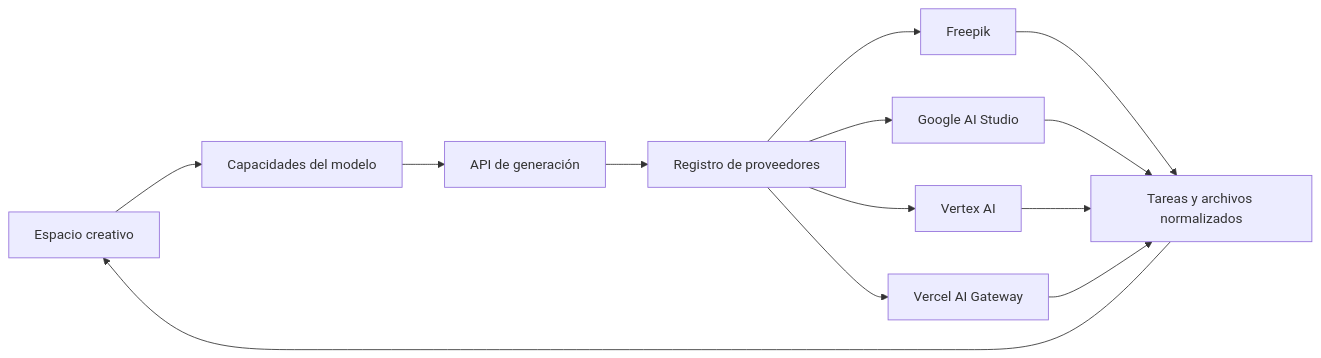
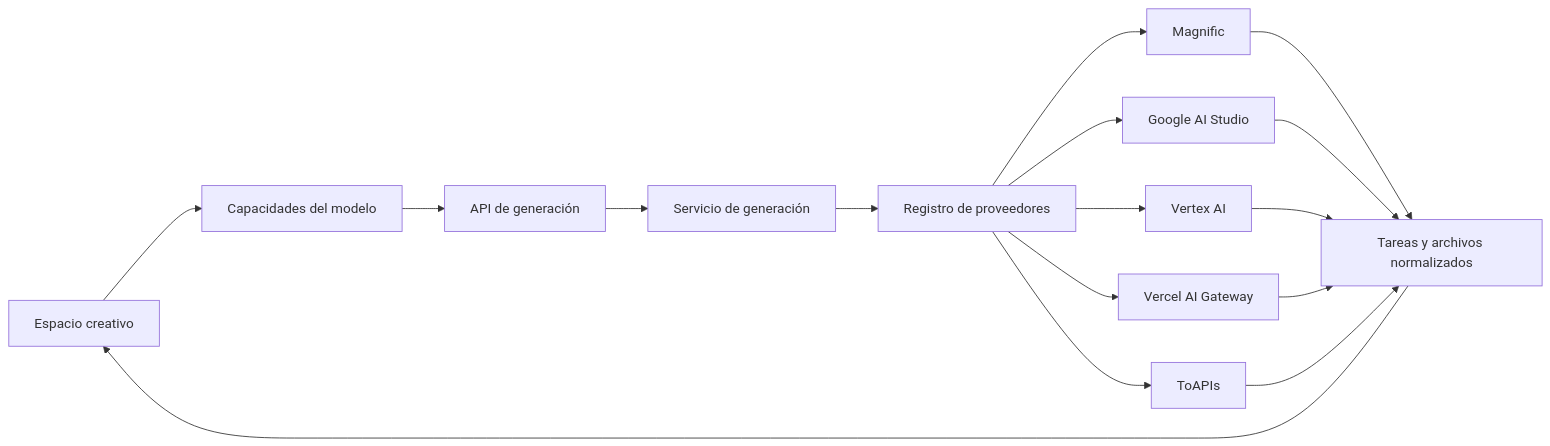
The diagram in README.es.md (TechBeme/open-higgsfield), drawn with Mermaid before and after one commit. The commit also changed other lines of this file and 288 other files, not shown here.

````diff
--- a/README.es.md
+++ b/README.es.md
@@ -99,15 +129,18 @@
 ```mermaid
 flowchart LR
     U[Espacio creativo] --> C[Capacidades del modelo]
     C --> A[API de generación]
-    A --> R[Registro de proveedores]
-    R --> F[Freepik]
+    A --> S[Servicio de generación]
+    S --> R[Registro de proveedores]
+    R --> F[Magnific]
     R --> G[Google AI Studio]
     R --> V[Vertex AI]
     R --> W[Vercel AI Gateway]
+    R --> O[ToAPIs]
     F --> T[Tareas y archivos normalizados]
     G --> T
     V --> T
     W --> T
+    O --> T
     T --> U
 ```
````
